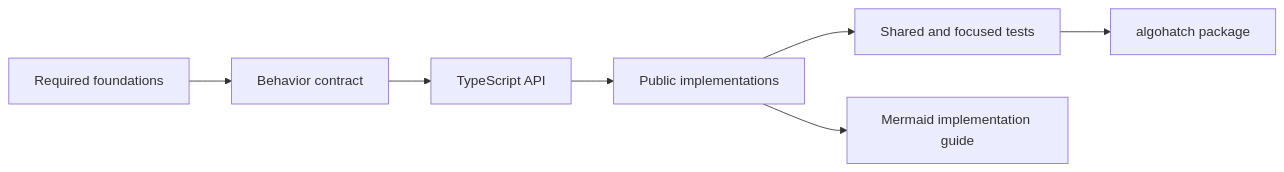
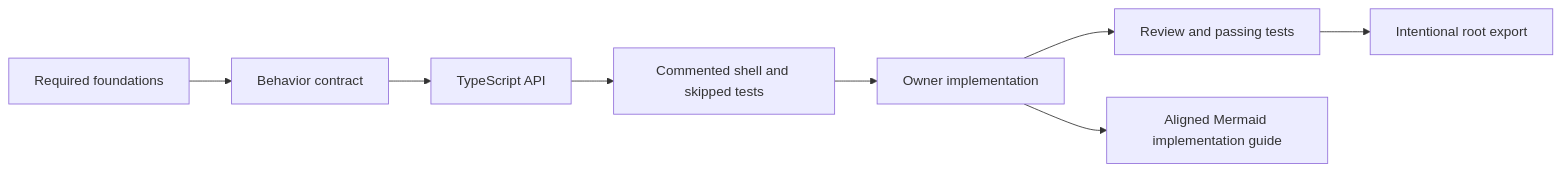
The diagram in README.md (mohitkumartoshniwal/algohatch), drawn with Mermaid before and after one commit. The commit also changed other lines of this file and 328 other files, not shown here.

````diff
--- a/README.md
+++ b/README.md
@@ -27,9 +30,10 @@
 ```mermaid
 flowchart LR
     Foundations["Required foundations"] --> Contract["Behavior contract"]
     Contract --> API["TypeScript API"]
-    API --> Implementations["Public implementations"]
-    Implementations --> Tests["Shared and focused tests"]
-    Tests --> Package["algohatch package"]
-    Implementations --> Guide["Mermaid implementation guide"]
+    API --> Prepared["Commented shell and skipped tests"]
+    Prepared --> Active["Owner implementation"]
+    Active --> Review["Review and passing tests"]
+    Review --> Package["Intentional root export"]
+    Active --> Guide["Aligned Mermaid implementation guide"]
 ```
````
